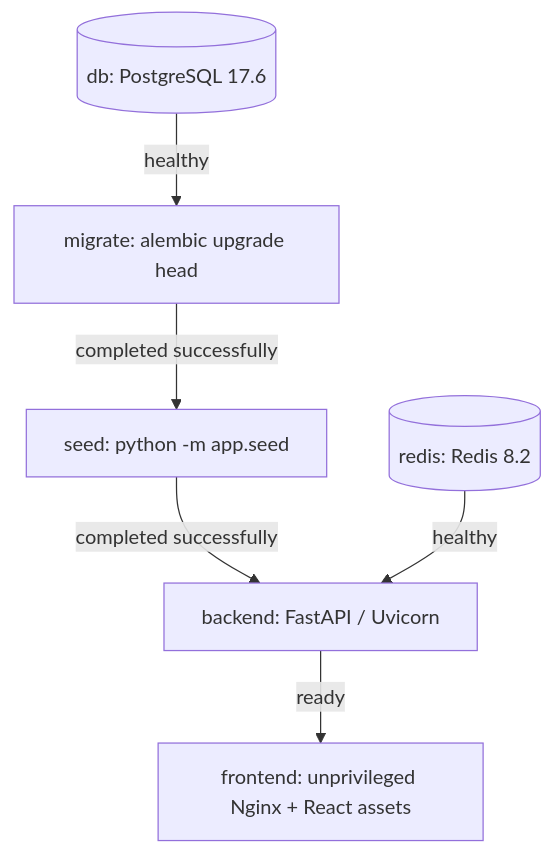
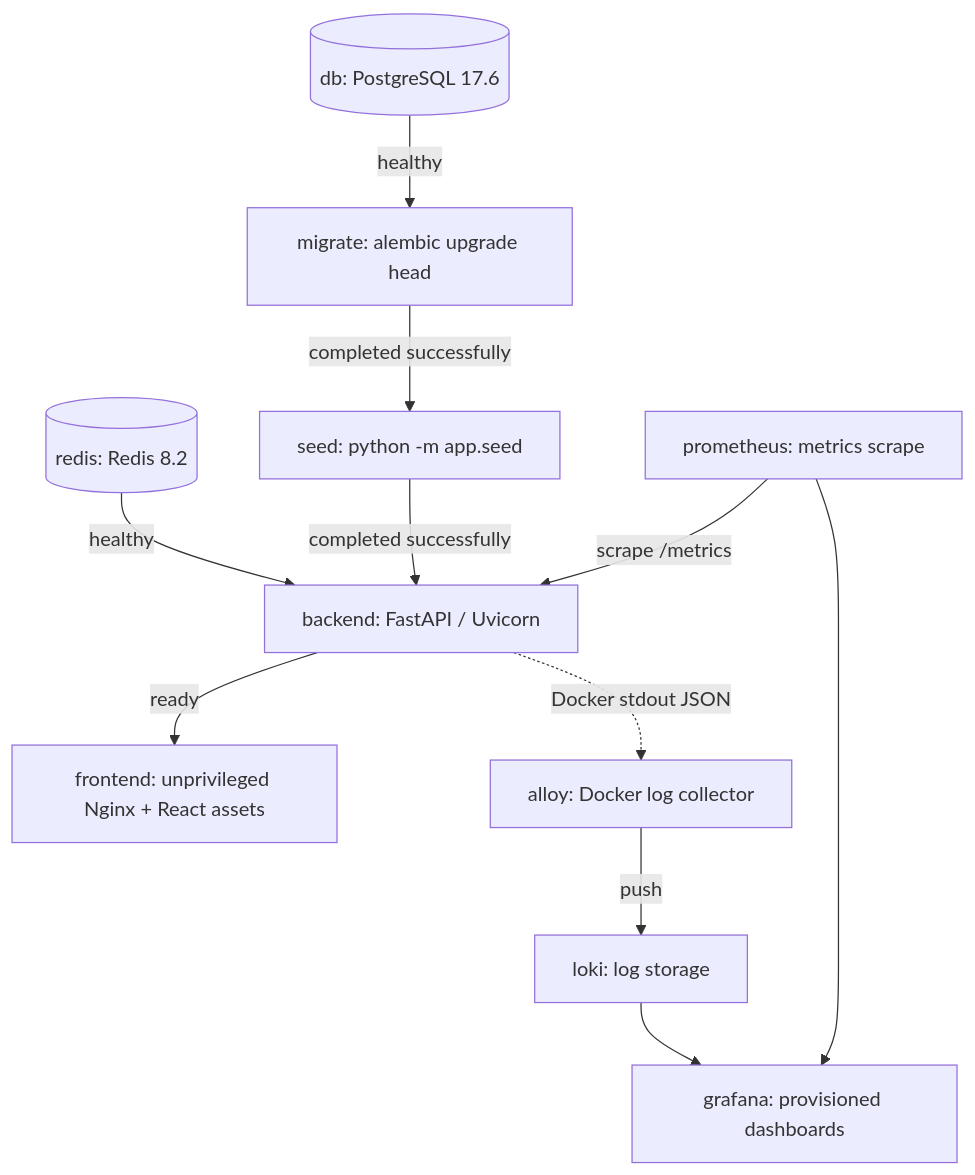
One commit to AlperenKaracan/EventFlow changed the second of 8 diagrams in ARCHITECTURE.md. Above: the diagram before and after it, drawn with Mermaid. The commit also changed other lines of this file and 10 other files, not shown here.

````diff
--- a/ARCHITECTURE.md
+++ b/ARCHITECTURE.md
@@ -30,15 +30,24 @@
 ```mermaid
 flowchart TB
     db[("db: PostgreSQL 17.6")]
     redis[("redis: Redis 8.2")]
     migrate["migrate: alembic upgrade head"]
     seed["seed: python -m app.seed"]
     backend["backend: FastAPI / Uvicorn"]
     frontend["frontend: unprivileged Nginx + React assets"]
+    prometheus["prometheus: metrics scrape"]
+    alloy["alloy: Docker log collector"]
+    loki["loki: log storage"]
+    grafana["grafana: provisioned dashboards"]
 
     db -->|"healthy"| migrate
     migrate -->|"completed successfully"| seed
     seed -->|"completed successfully"| backend
     redis -->|"healthy"| backend
     backend -->|"ready"| frontend
+    prometheus -->|"scrape /metrics"| backend
+    backend -.->|"Docker stdout JSON"| alloy
+    alloy -->|"push"| loki
+    prometheus --> grafana
+    loki --> grafana
 ```
````
